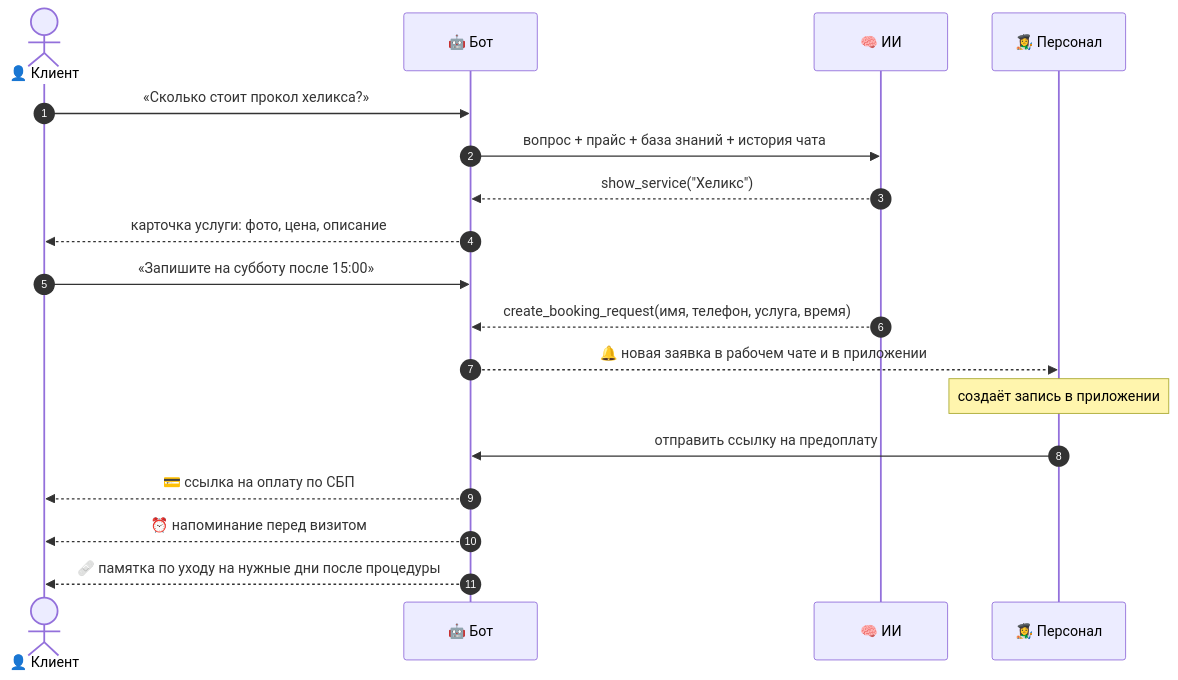
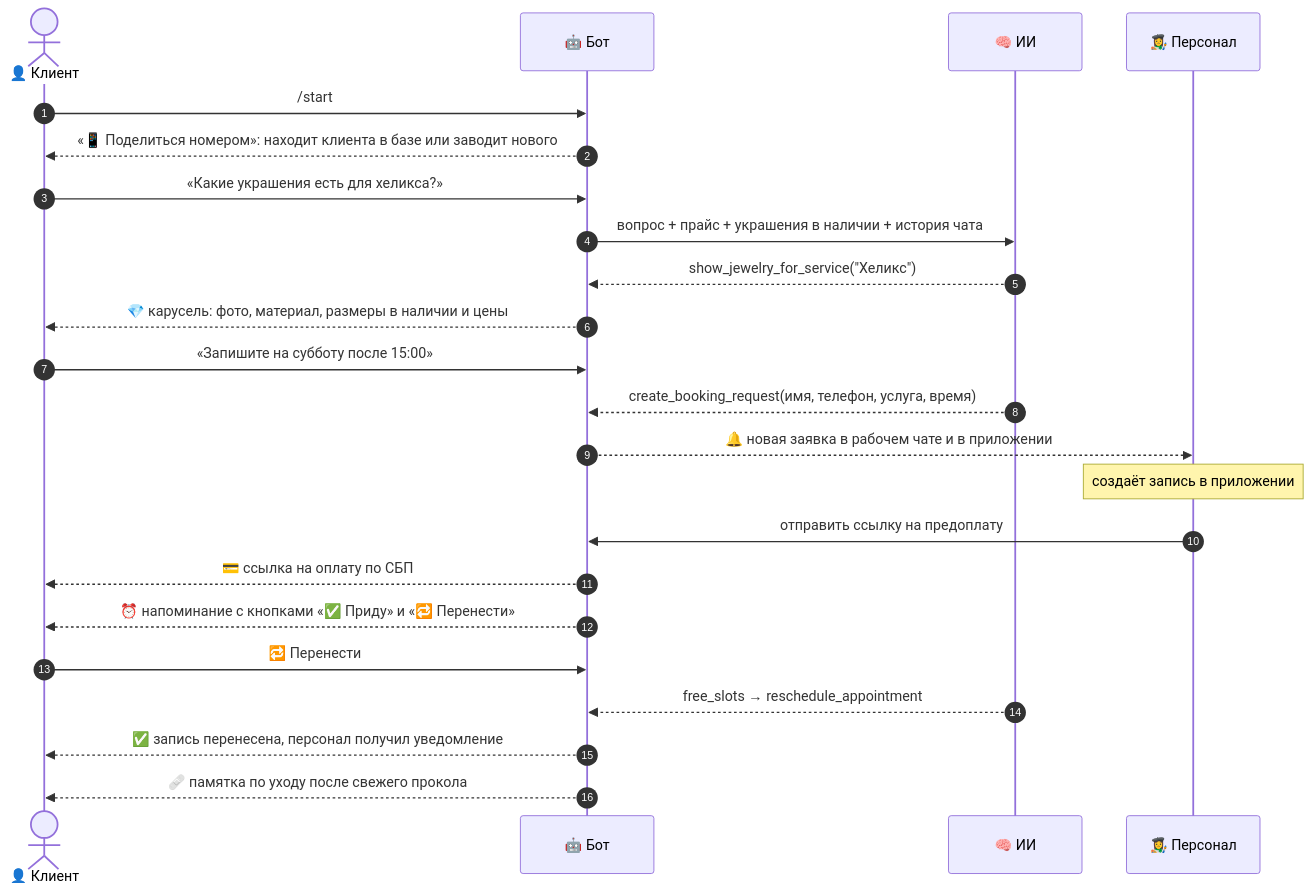
One commit to superkai-sdk1/MIKAN changed the first of 2 diagrams in README.md. Above: the diagram before and after it, drawn with Mermaid. The commit also changed other lines of this file, not shown here.

Commit message:
docs: refresh README — jewelry sizes, unified warehouse, analytics, bot catalogs and staff mode

````diff
--- a/README.md
+++ b/README.md
@@ -135,21 +168,26 @@
 ```mermaid
 sequenceDiagram
     autonumber
     actor C as 👤 Клиент
     participant B as 🤖 Бот
     participant AI as 🧠 ИИ
     participant S as 👩‍🎨 Персонал
 
-    C->>B: «Сколько стоит прокол хеликса?»
-    B->>AI: вопрос + прайс + база знаний + история чата
-    AI-->>B: show_service("Хеликс")
-    B-->>C: карточка услуги: фото, цена, описание
+    C->>B: /start
+    B-->>C: «📱 Поделиться номером»: находит клиента в базе или заводит нового
+    C->>B: «Какие украшения есть для хеликса?»
+    B->>AI: вопрос + прайс + украшения в наличии + история чата
+    AI-->>B: show_jewelry_for_service("Хеликс")
+    B-->>C: 💎 карусель: фото, материал, размеры в наличии и цены
     C->>B: «Запишите на субботу после 15:00»
     AI-->>B: create_booking_request(имя, телефон, услуга, время)
     B-->>S: 🔔 новая заявка в рабочем чате и в приложении
     Note over S: создаёт запись в приложении
     S->>B: отправить ссылку на предоплату
     B-->>C: 💳 ссылка на оплату по СБП
-    B-->>C: ⏰ напоминание перед визитом
-    B-->>C: 🩹 памятка по уходу на нужные дни после процедуры
+    B-->>C: ⏰ напоминание с кнопками «✅ Приду» и «🔁 Перенести»
+    C->>B: 🔁 Перенести
+    AI-->>B: free_slots → reschedule_appointment
+    B-->>C: ✅ запись перенесена, персонал получил уведомление
+    B-->>C: 🩹 памятка по уходу после свежего прокола
 ```
````
